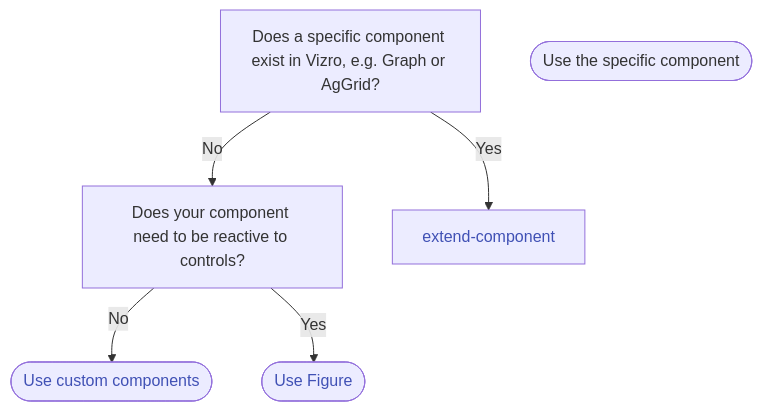
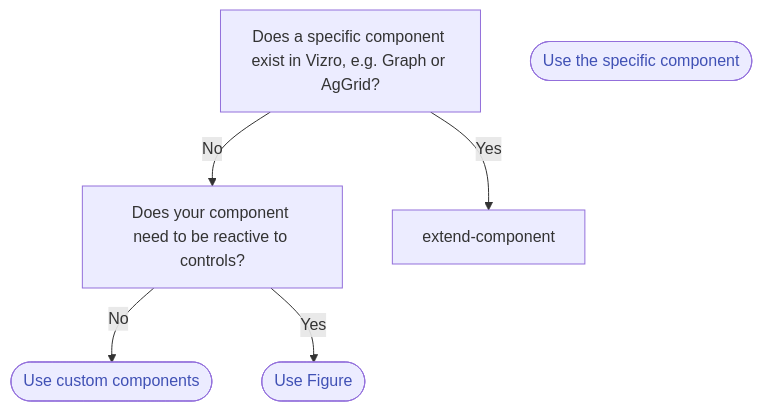
One commit to mckinsey/vizro changed the diagram in vizro-core/docs/pages/user-guides/figure.md. Above: the diagram before and after it, drawn with Mermaid.

````diff
--- a/vizro-core/docs/pages/user-guides/figure.md
+++ b/vizro-core/docs/pages/user-guides/figure.md
@@ -15,19 +15,19 @@
 ``` mermaid
 graph TD
   first["`Does a specific component exist in Vizro, e.g. Graph or AgGrid?`"]
   specific-component([Use the specific component])
   second["`Does your component need to be reactive to controls?`"]
   second-static([Use custom components])
   second-reactive([Use Figure])
 
   first -- Yes --> extend-component
   first -- No --> second
   second -- No --> second-static
   second -- Yes --> second-reactive
 
-  click extend-component href "../custom-components/#extend-an-existing-component"
-  click second-static href "../custom-components/#create-a-new-component"
+  click specific-component href "../components/"
+  click second-static href "../custom-components/"
   click second-reactive href "#how-to-use-figures"
 
   classDef clickable color:#4051b5;
 ```
````
